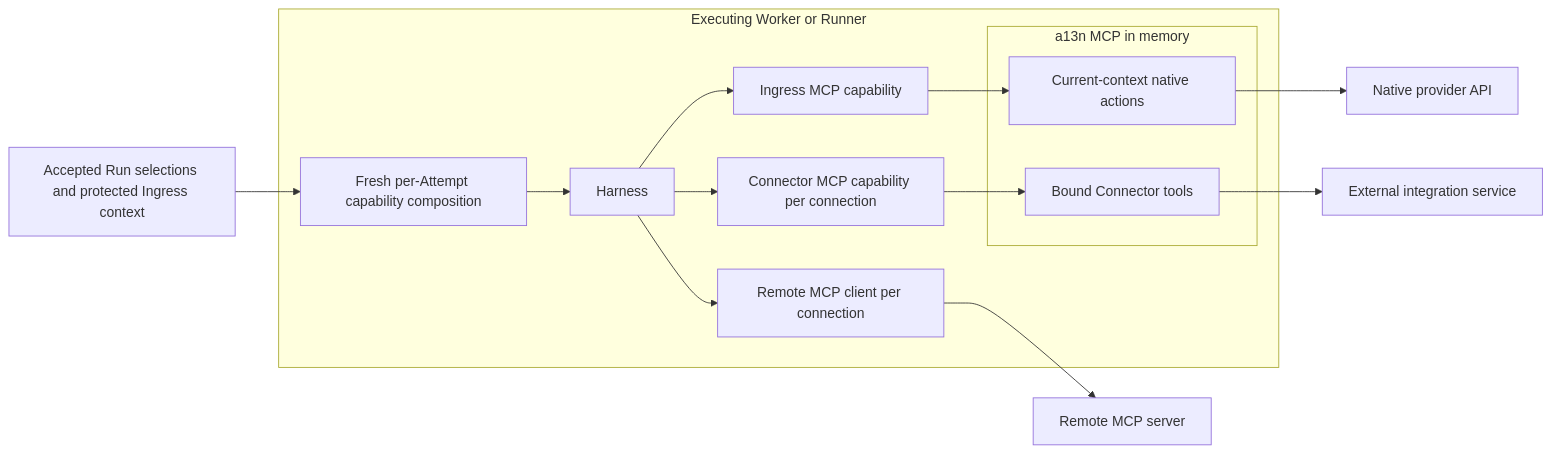
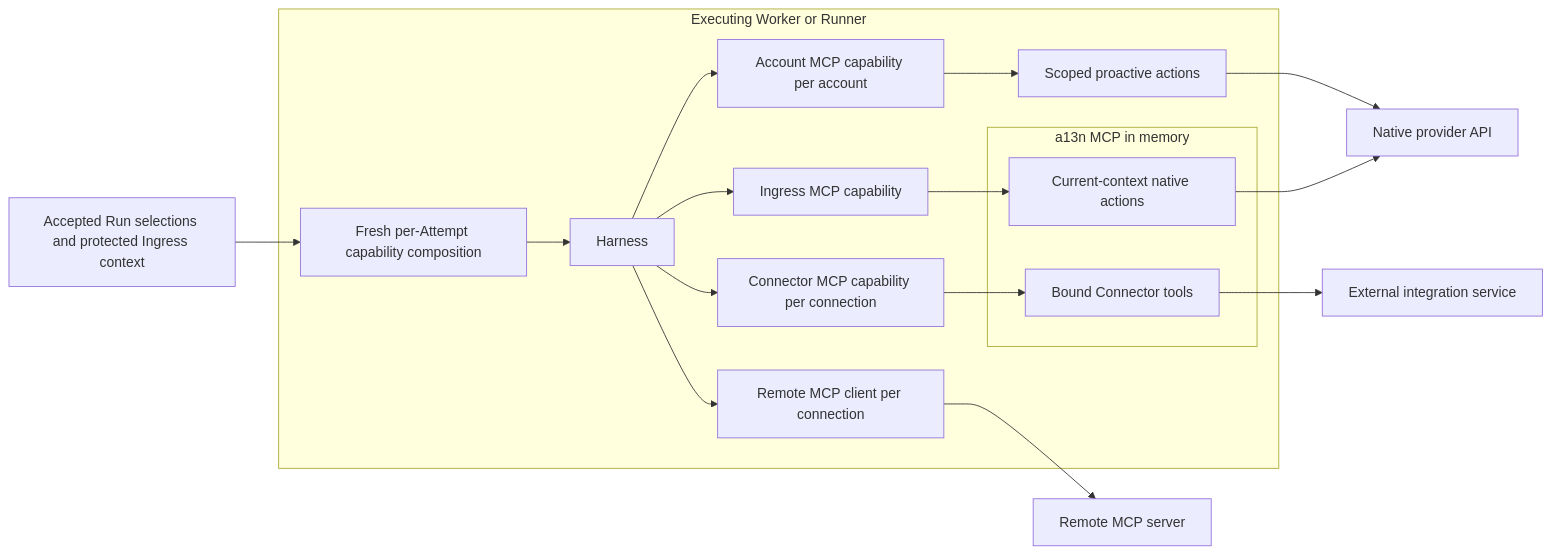
One commit to converge-ai-labs/agent-foundation changed the first of 2 diagrams in spec/foundation-service/40-connectivity/04-agent-facing-tools.md. Above: the diagram before and after it, drawn with Mermaid. The commit also changed other lines of this file and 109 other files, not shown here.

````diff
--- a/spec/foundation-service/40-connectivity/04-agent-facing-tools.md
+++ b/spec/foundation-service/40-connectivity/04-agent-facing-tools.md
@@ -13,19 +13,22 @@
 ```mermaid
 flowchart LR
     Config[Accepted Run selections and protected Ingress context] --> Compose
     subgraph Worker[Executing Worker or Runner]
         Compose[Fresh per-Attempt capability composition] --> Harness
+        Harness --> AccountMCP[Account MCP capability per account]
+        AccountMCP --> AccountActions[Scoped proactive actions]
         Harness --> IngressMCP[Ingress MCP capability]
         Harness --> ConnectorMCP[Connector MCP capability per connection]
         Harness --> RemoteClient[Remote MCP client per connection]
         subgraph Local[a13n MCP in memory]
             Native[Current-context native actions]
             Connector[Bound Connector tools]
         end
         IngressMCP --> Native
         ConnectorMCP --> Connector
     end
     Native --> Provider[Native provider API]
+    AccountActions --> Provider
     Connector --> Integration[External integration service]
     RemoteClient --> Remote[Remote MCP server]
 ```
````
